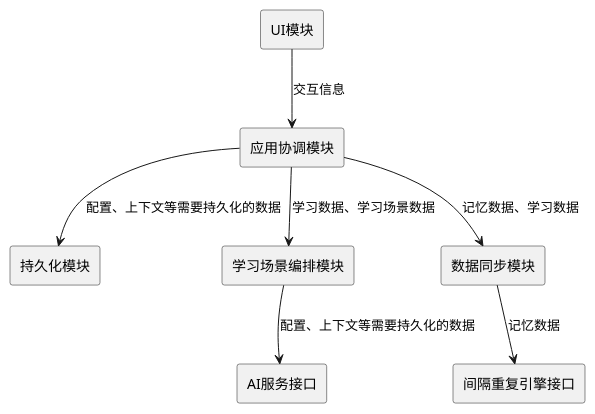
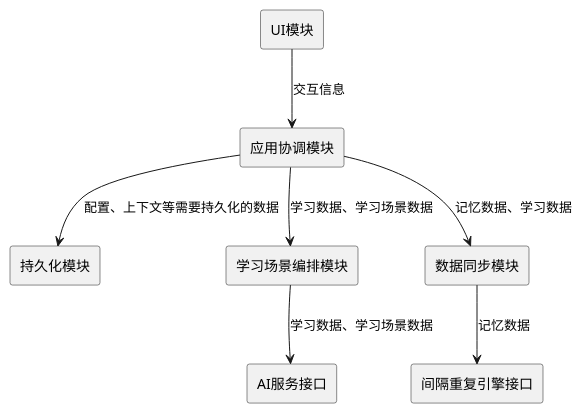
One commit to weiiiyan/MaiMemoAiChatDoc changed the diagram in 02-系统设计/2.1-架构设计/架构设计.pu. Above: the diagram before and after it, drawn with PlantUML. The commit also changed 3 other files, not shown here.

```diff
--- a/02-系统设计/2.1-架构设计/架构设计.pu
+++ b/02-系统设计/2.1-架构设计/架构设计.pu
@@ -1,20 +1,20 @@
 @startuml 架构设计
 
 top to bottom direction
 
 rectangle "UI模块" as UI
 rectangle "应用协调模块" as App
 rectangle "持久化模块" as Hold
 rectangle "学习场景编排模块" as Scene
 rectangle "数据同步模块" as Sync
 rectangle "间隔重复引擎接口" as SRS
 rectangle "AI服务接口" as AI
 
 UI --> App : 交互信息
 App --> Scene : 学习数据、学习场景数据
 App --> Sync : 记忆数据、学习数据
-App --> Hold: 配置、上下文等需要持久化的数据
-Scene --> AI : 配置、上下文等需要持久化的数据
+App --> Hold : 配置、上下文等需要持久化的数据
+Scene --> AI : 学习数据、学习场景数据
 Sync --> SRS : 记忆数据
 
 @enduml
```
